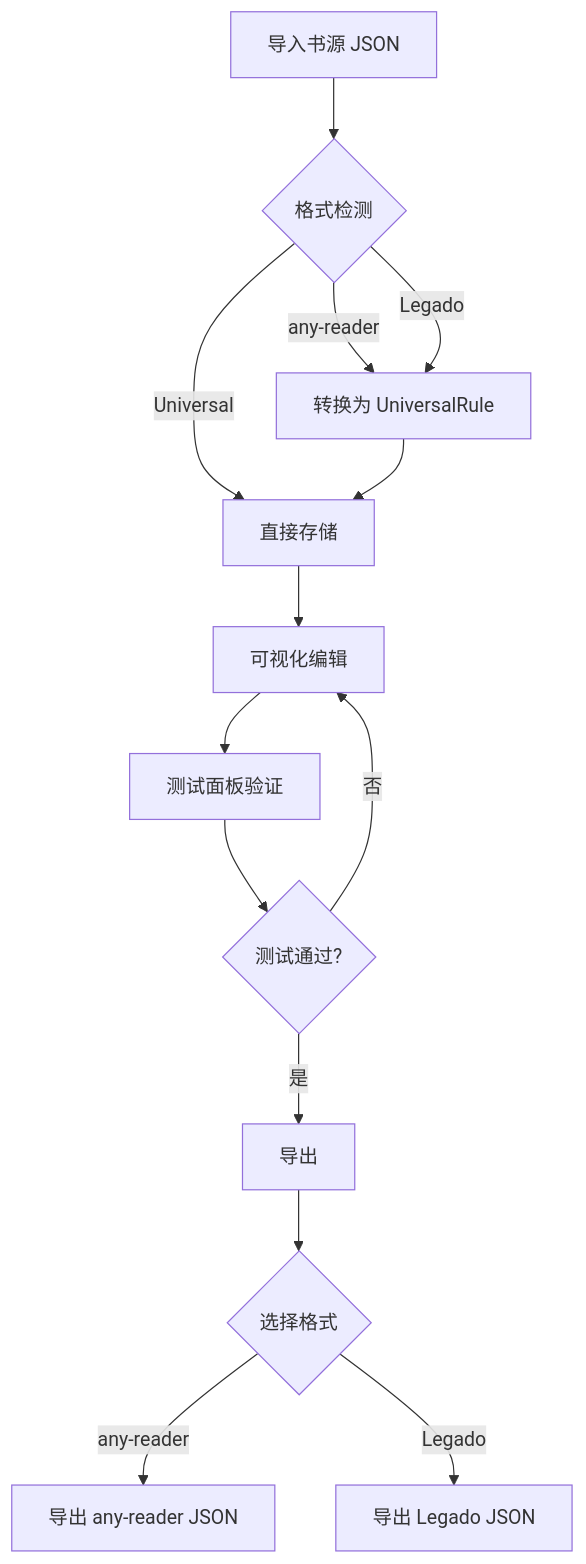
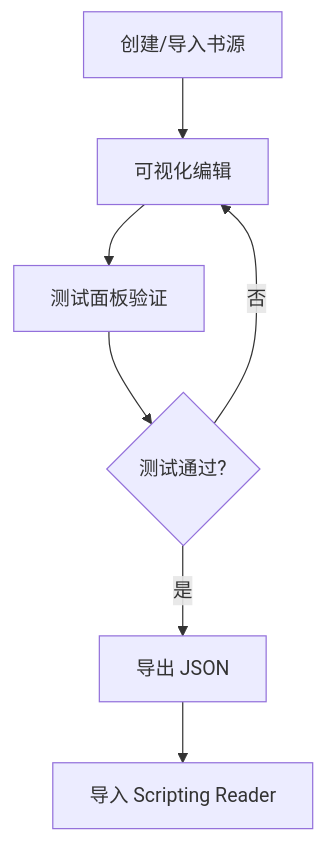
Before and after one commit to Yii-An/reader-source: the diagram in .kilocode/rules/memory-bank/product.md, drawn with Mermaid. The commit also changed other lines of this file and 63 other files, not shown here.

Commit message:
refactor: Remove legacy converters and update universal rule schema and related UI components.

````diff
--- a/.kilocode/rules/memory-bank/product.md
+++ b/.kilocode/rules/memory-bank/product.md
@@ -71,16 +62,9 @@
 ```mermaid
 graph TD
-    A[导入书源 JSON] --> B{格式检测}
-    B -->|any-reader| C[转换为 UniversalRule]
-    B -->|Legado| C
-    B -->|Universal| D[直接存储]
-    C --> D
-    D --> E[可视化编辑]
-    E --> F[测试面板验证]
-    F --> G{测试通过?}
-    G -->|否| E
-    G -->|是| H[导出]
-    H --> I{选择格式}
-    I -->|any-reader| J[导出 any-reader JSON]
-    I -->|Legado| K[导出 Legado JSON]
+    A[创建/导入书源] --> B[可视化编辑]
+    B --> C[测试面板验证]
+    C --> D{测试通过?}
+    D -->|否| B
+    D -->|是| E[导出 JSON]
+    E --> F[导入 Scripting Reader]
 ```
````
